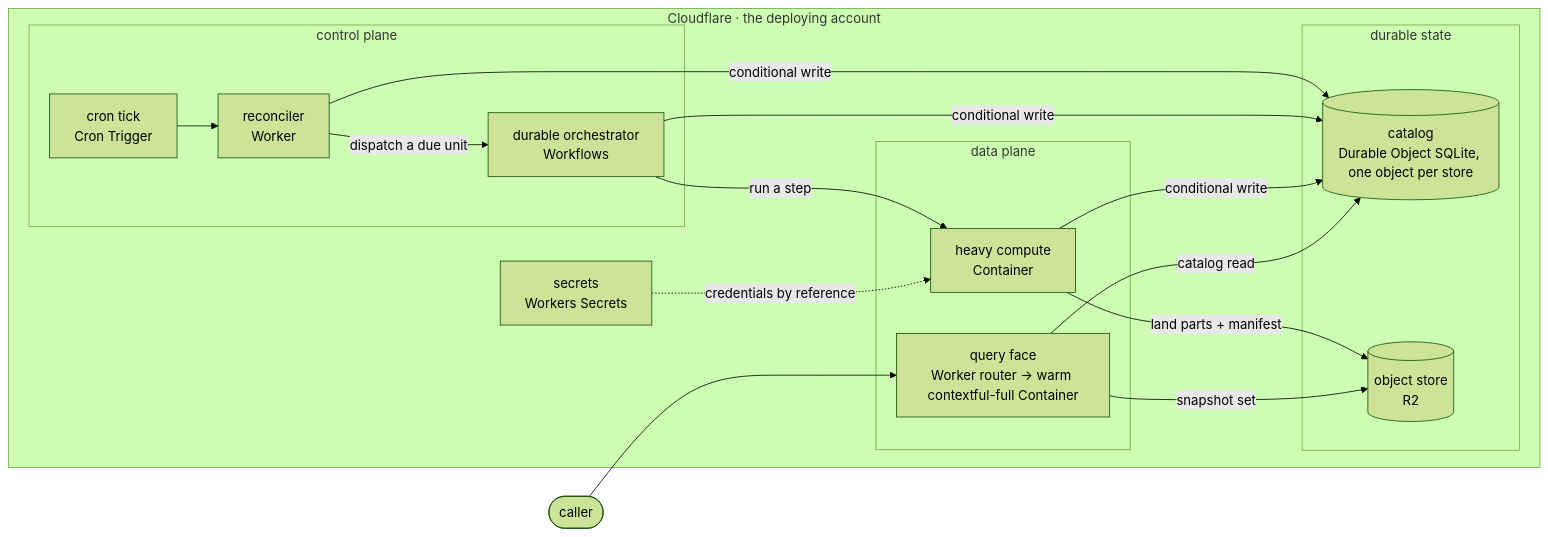
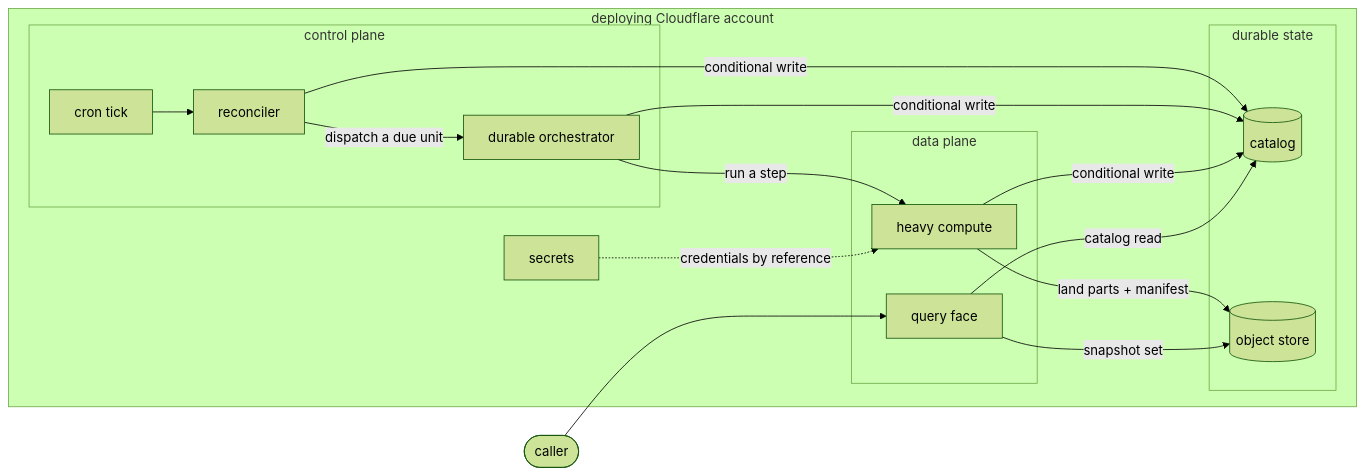
One commit to fractalboxdev/contextful changed the second of 3 diagrams in spec/targets.md. Above: the diagram before and after it, drawn with Mermaid (forest theme). The commit also changed other lines of this file and 24 other files, not shown here.

First line of the commit message:
spec: every flowchart draws one entity or process per node

````diff
--- a/spec/targets.md
+++ b/spec/targets.md
@@ -73,26 +73,26 @@
 ```mermaid
 flowchart LR
   CALLER(["caller"])
-  subgraph ACCOUNT["Cloudflare · the deploying account"]
+  subgraph ACCOUNT["deploying Cloudflare account"]
     subgraph CONTROL["control plane"]
-      TICK["cron tick<br/>Cron Trigger"]
-      REC["reconciler<br/>Worker"]
-      ORCH["durable orchestrator<br/>Workflows"]
+      TICK["cron tick"]
+      REC["reconciler"]
+      ORCH["durable orchestrator"]
     end
     subgraph DATA["data plane"]
-      COMP["heavy compute<br/>Container"]
-      QF["query face<br/>Worker router → warm contextful-full Container"]
+      COMP["heavy compute"]
+      QF["query face"]
     end
     subgraph STATE["durable state"]
-      CAT[("catalog<br/>Durable Object SQLite, one object per store")]
-      OBJ[("object store<br/>R2")]
+      CAT[("catalog")]
+      OBJ[("object store")]
     end
-    SEC["secrets<br/>Workers Secrets"]
+    SEC["secrets"]
   end
   TICK --> REC -- "dispatch a due unit" --> ORCH -- "run a step" --> COMP
   COMP -- "land parts + manifest" --> OBJ
   REC & ORCH & COMP -- "conditional write" --> CAT
   CALLER --> QF -- "snapshot set" --> OBJ
   QF -- "catalog read" --> CAT
   SEC -. "credentials by reference" .-> COMP
 ```
````
